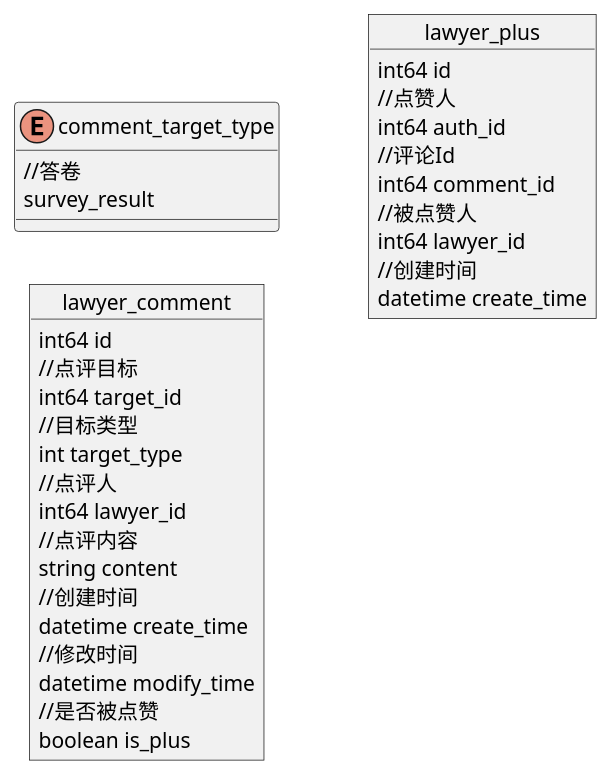
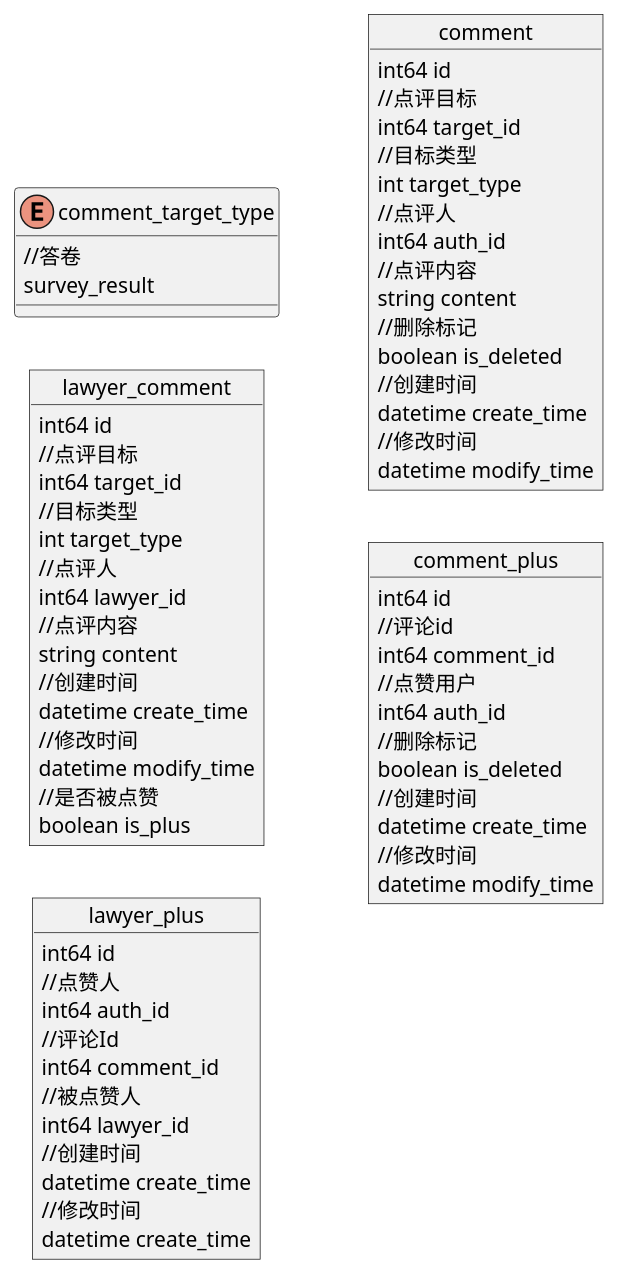
Before and after one commit to cryS4tal/degign: the diagram in tmindtech/comment/comment.db.puml.md, drawn with PlantUML. The commit also changed 2 other files, not shown here.

Commit message:
fix: redefine some design

````diff
--- a/tmindtech/comment/comment.db.puml.md
+++ b/tmindtech/comment/comment.db.puml.md
@@ -1,40 +1,75 @@
 ```plantuml
 @startuml
 left to right direction
 
 enum comment_target_type {
     //答卷
     survey_result
 }
 
 object lawyer_comment {
     int64 id
     //点评目标
     int64 target_id
     //目标类型
     int target_type
     //点评人
     int64 lawyer_id
     //点评内容
     string content
     //创建时间
     datetime create_time
     //修改时间
     datetime modify_time
     //是否被点赞
     boolean is_plus
 }
 
 object lawyer_plus {
     int64 id
     //点赞人
     int64 auth_id
     //评论Id
     int64 comment_id
     //被点赞人
     int64 lawyer_id
     //创建时间
     datetime create_time
+    //修改时间
+    datetime create_time
 }
+
+object comment {
+    int64 id
+    //点评目标
+    int64 target_id
+    //目标类型
+    int target_type
+    //点评人
+    int64 auth_id
+    //点评内容
+    string content
+    //删除标记
+    boolean is_deleted
+    //创建时间
+    datetime create_time
+    //修改时间
+    datetime modify_time
+}
+
+object comment_plus {
+    int64 id
+    //评论id
+    int64 comment_id
+    //点赞用户
+    int64 auth_id
+    //删除标记
+    boolean is_deleted
+    //创建时间
+    datetime create_time
+    //修改时间
+    datetime modify_time
+}
+
 @enduml
 ```
````
